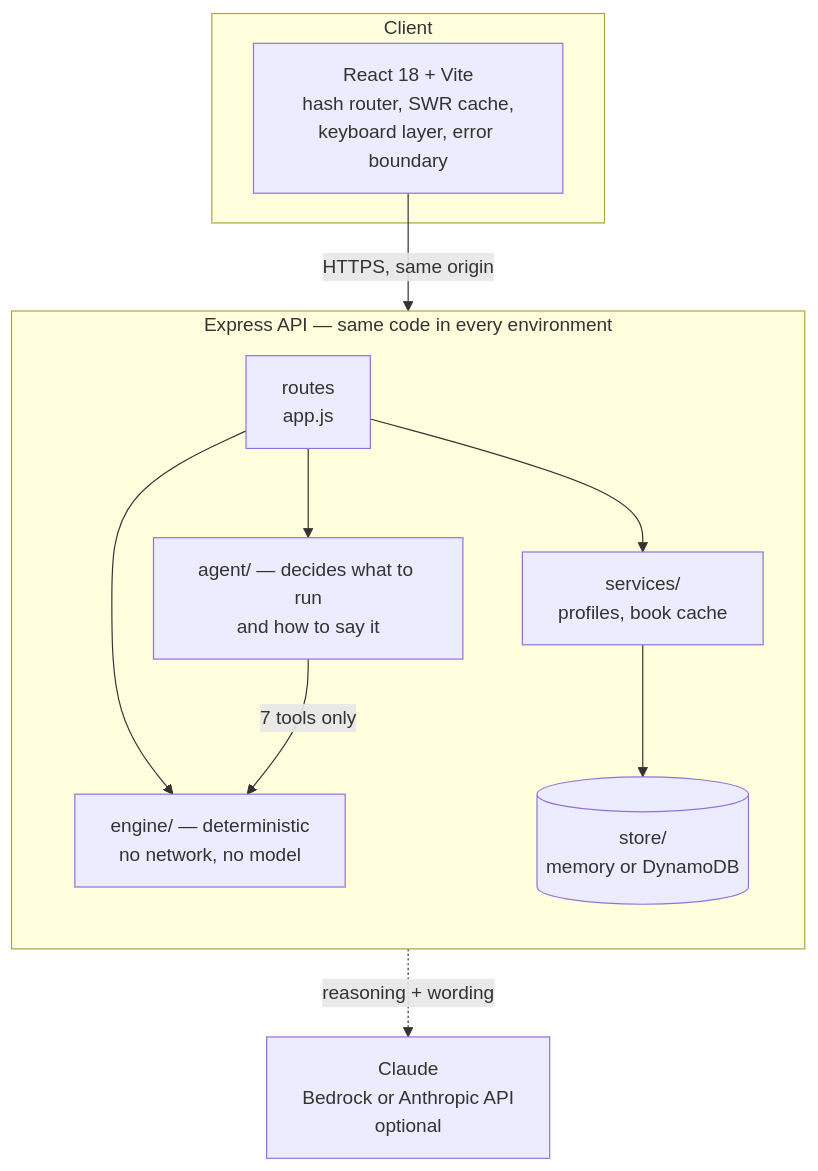
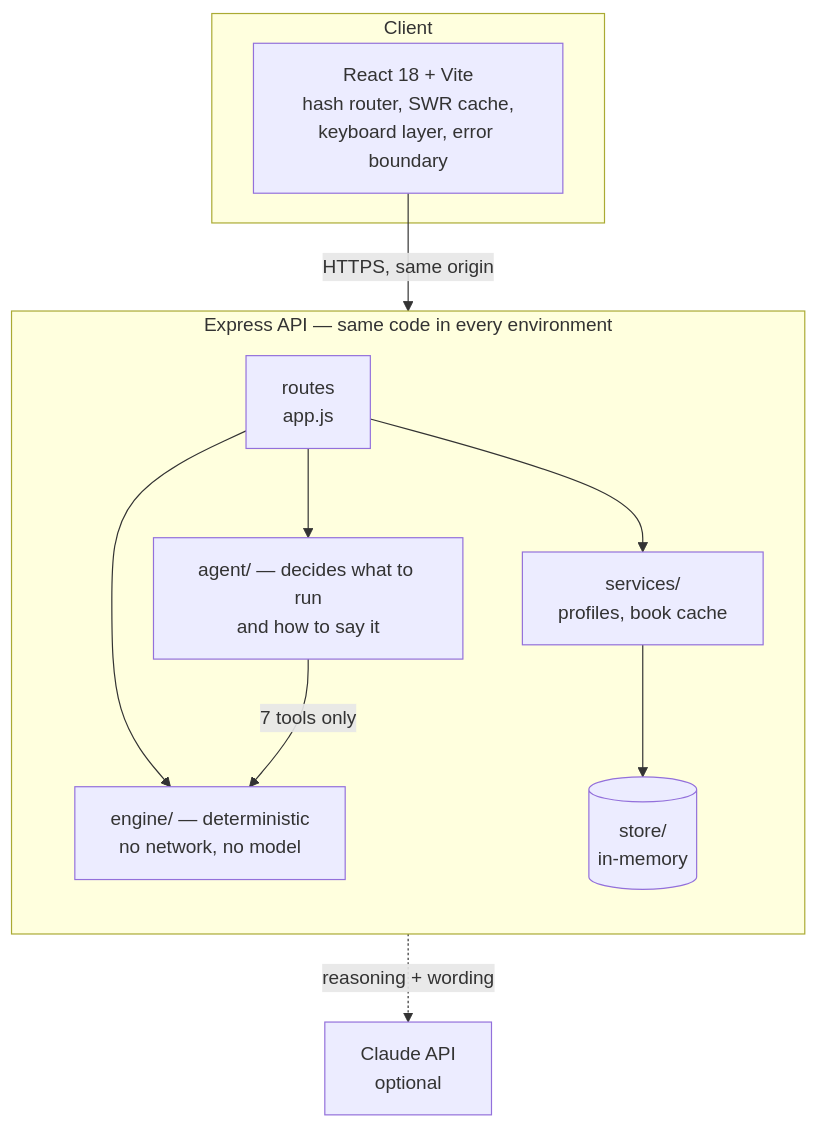
One commit to adityashukla2615/kosh changed the first of 3 diagrams in docs/ARCHITECTURE.md. Above: the diagram before and after it, drawn with Mermaid. The commit also changed other lines of this file and 19 other files, not shown here.

````diff
--- a/docs/ARCHITECTURE.md
+++ b/docs/ARCHITECTURE.md
@@ -64,25 +64,25 @@
 ```mermaid
 flowchart TB
   subgraph Client
     UI[React 18 + Vite<br/>hash router, SWR cache,<br/>keyboard layer, error boundary]
   end
 
   subgraph Server["Express API — same code in every environment"]
     direction TB
     R[routes<br/>app.js]
     ENG["engine/ — deterministic<br/>no network, no model"]
     AG["agent/ — decides what to run<br/>and how to say it"]
     SVC[services/<br/>profiles, book cache]
-    ST[(store/<br/>memory or DynamoDB)]
+    ST[(store/<br/>in-memory)]
   end
 
-  LLM[Claude<br/>Bedrock or Anthropic API<br/>optional]
+  LLM[Claude API<br/>optional]
 
   UI -->|HTTPS, same origin| R
   R --> SVC
   R --> ENG
   R --> AG
   AG -->|7 tools only| ENG
   AG -.->|reasoning + wording| LLM
   SVC --> ST
 ```
````
